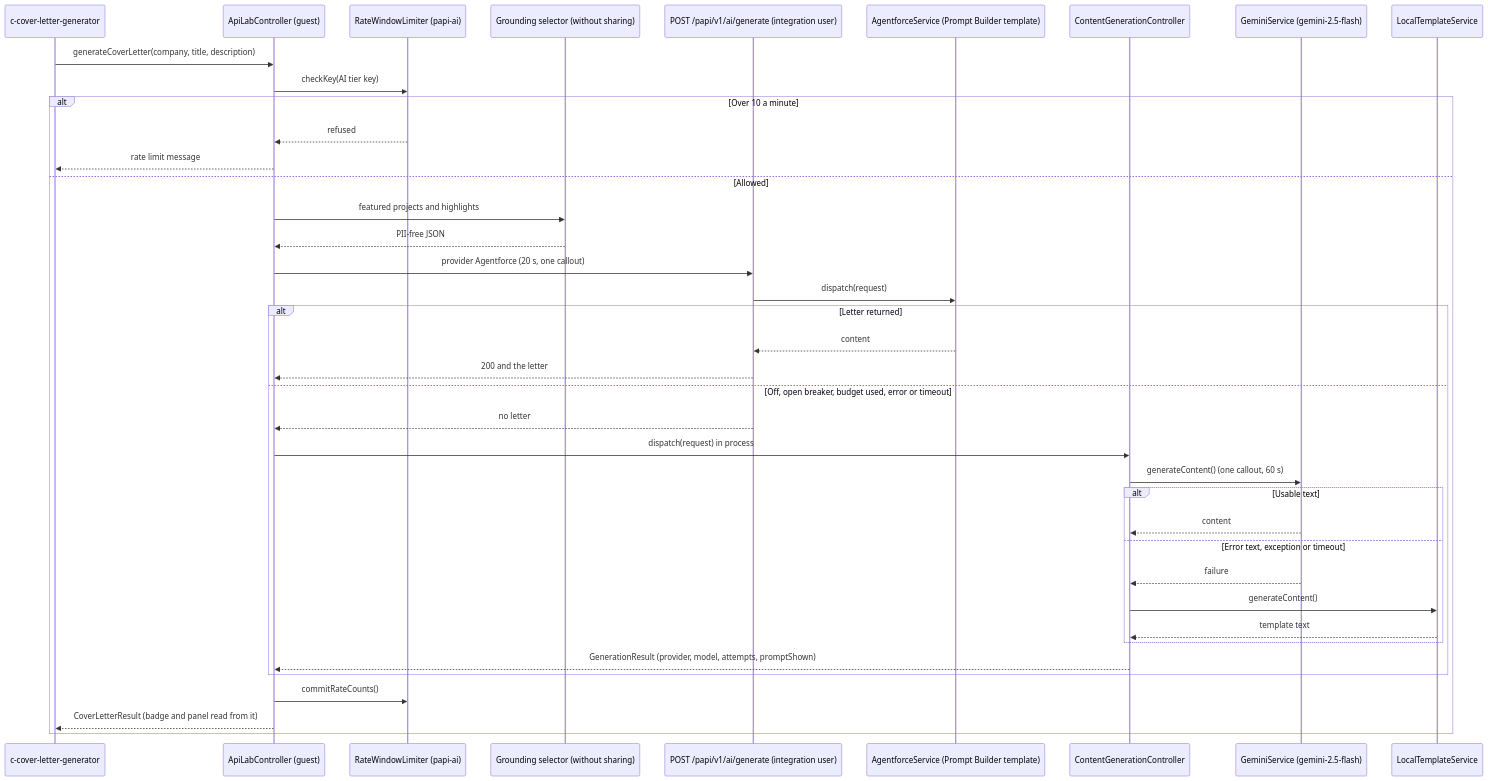
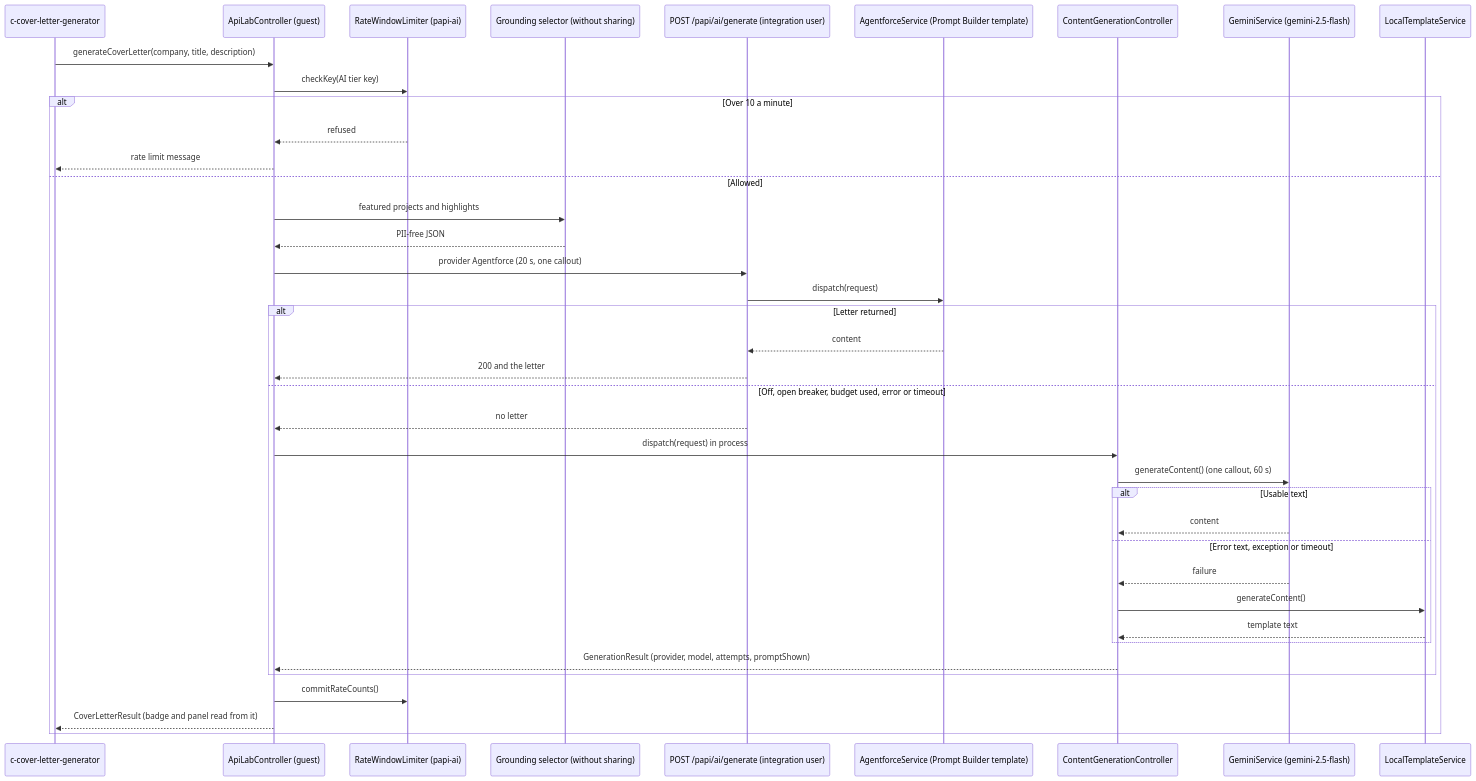
One commit to rdbumstead/salesforce-platform-architect-portfolio changed the fourth of 5 diagrams in docs/guides/03-SAS.md. Above: the diagram before and after it, drawn with Mermaid. The commit also changed other lines of this file and 11 other files, not shown here.

````diff
--- a/docs/guides/03-SAS.md
+++ b/docs/guides/03-SAS.md
@@ -427,42 +427,42 @@
 ```mermaid
 sequenceDiagram
     participant Page as c-cover-letter-generator
     participant Lab as ApiLabController (guest)
     participant Limiter as RateWindowLimiter (papi-ai)
     participant Grounding as Grounding selector (without sharing)
-    participant API as POST /papi/v1/ai/generate (integration user)
+    participant API as POST /papi/ai/generate (integration user)
     participant Agent as AgentforceService (Prompt Builder template)
     participant Dispatcher as ContentGenerationController
     participant Gemini as GeminiService (gemini-2.5-flash)
     participant Local as LocalTemplateService
 
     Page->>Lab: generateCoverLetter(company, title, description)
     Lab->>Limiter: checkKey(AI tier key)
     alt Over 10 a minute
         Limiter-->>Lab: refused
         Lab-->>Page: rate limit message
     else Allowed
         Lab->>Grounding: featured projects and highlights
         Grounding-->>Lab: PII-free JSON
         Lab->>API: provider Agentforce (20 s, one callout)
         API->>Agent: dispatch(request)
         alt Letter returned
             Agent-->>API: content
             API-->>Lab: 200 and the letter
         else Off, open breaker, budget used, error or timeout
             API-->>Lab: no letter
             Lab->>Dispatcher: dispatch(request) in process
             Dispatcher->>Gemini: generateContent() (one callout, 60 s)
             alt Usable text
                 Gemini-->>Dispatcher: content
             else Error text, exception or timeout
                 Gemini-->>Dispatcher: failure
                 Dispatcher->>Local: generateContent()
                 Local-->>Dispatcher: template text
             end
             Dispatcher-->>Lab: GenerationResult (provider, model, attempts, promptShown)
         end
         Lab->>Limiter: commitRateCounts()
         Lab-->>Page: CoverLetterResult (badge and panel read from it)
     end
 ```
````
